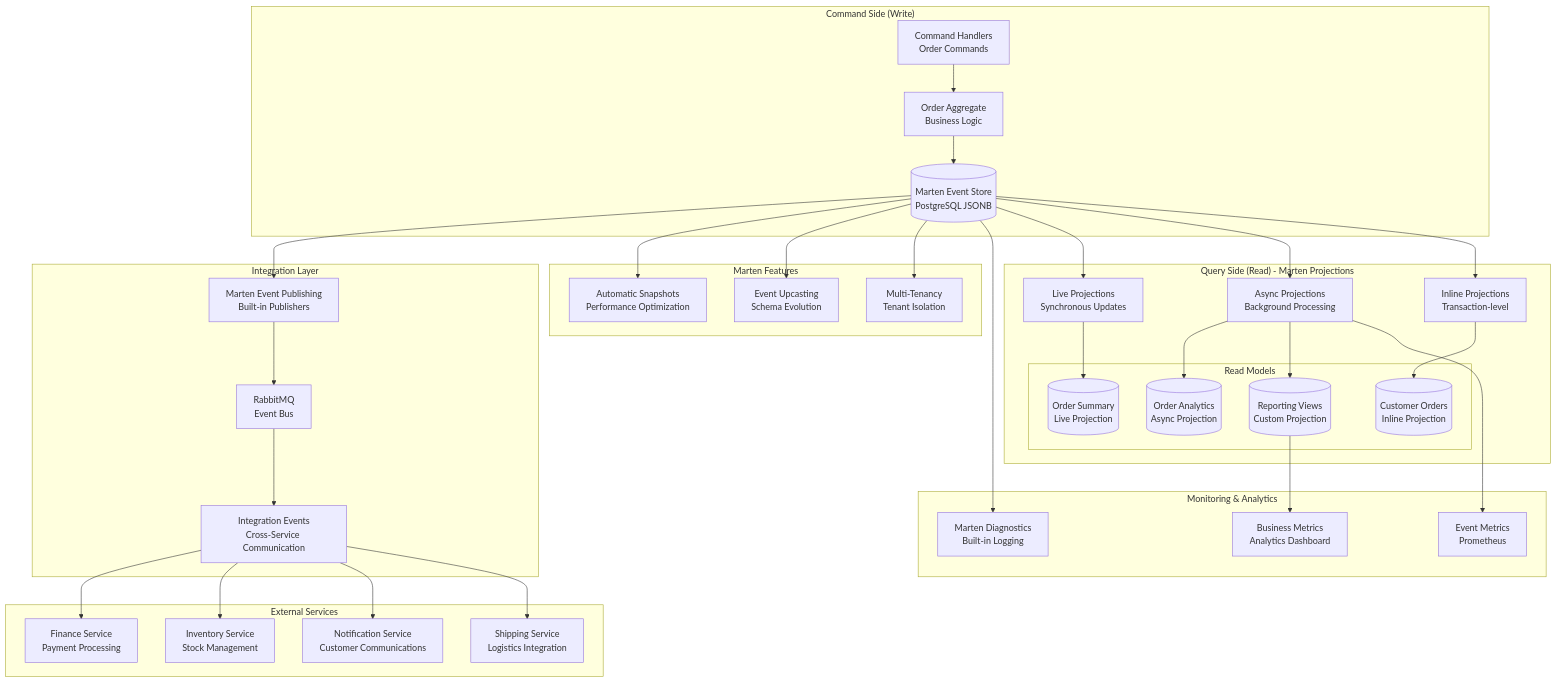
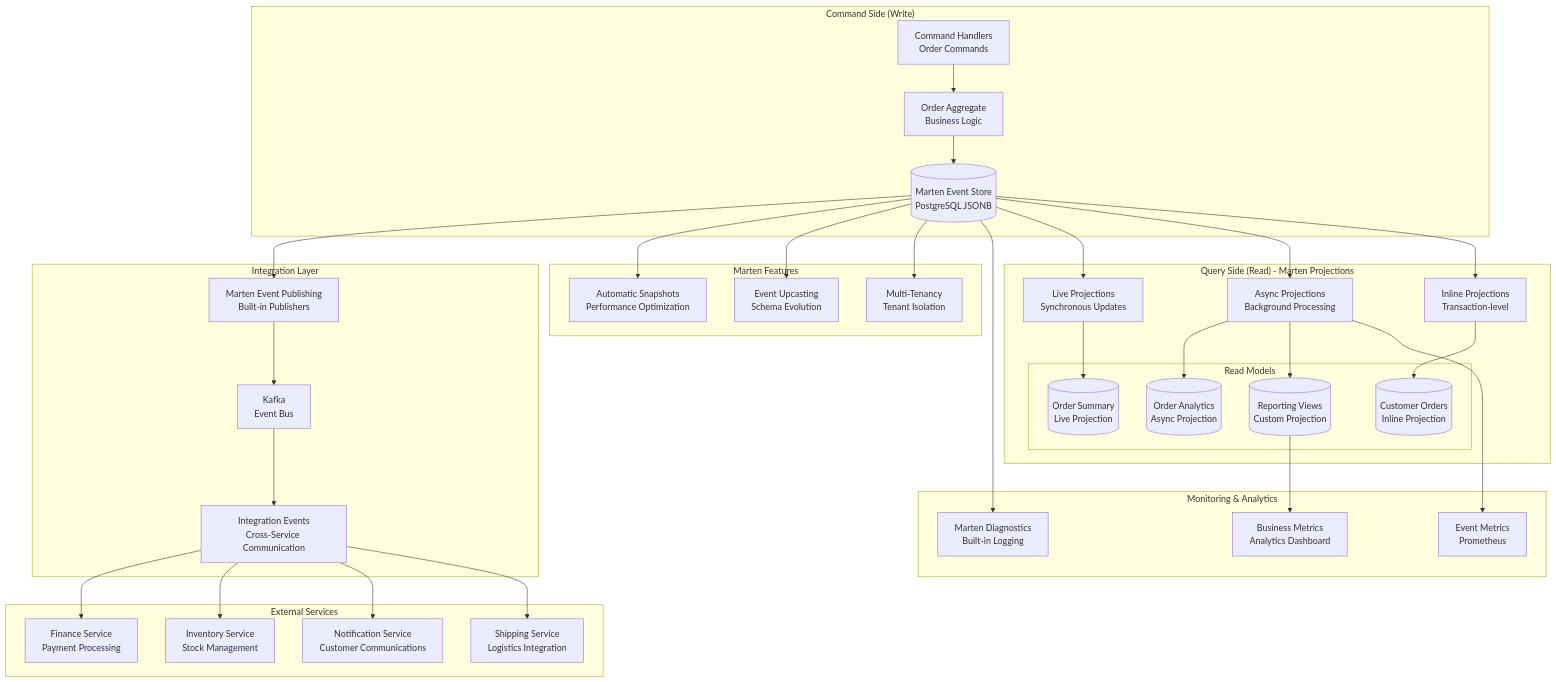
Before and after one commit to foxminchan/BookWorm: the diagram in docs/docusaurus/docs/09-architecture-decisions/adr-013-ordering-eventsoucring.mdx, drawn with Mermaid. The commit also changed other lines of this file and 65 other files, not shown here.

Commit message:
chore(docs): update architecture decision records (#1127)

````diff
--- a/docs/docusaurus/docs/09-architecture-decisions/adr-013-ordering-eventsoucring.mdx
+++ b/docs/docusaurus/docs/09-architecture-decisions/adr-013-ordering-eventsoucring.mdx
@@ -112,75 +112,75 @@
 ```mermaid
 graph TB
     subgraph "Command Side (Write)"
         CommandHandlers[Command Handlers<br/>Order Commands]
         AggregateRoot[Order Aggregate<br/>Business Logic]
         MartenStore[(Marten Event Store<br/>PostgreSQL JSONB)]
 
         CommandHandlers --> AggregateRoot
         AggregateRoot --> MartenStore
     end
 
     subgraph "Query Side (Read) - Marten Projections"
         LiveProjections[Live Projections<br/>Synchronous Updates]
         AsyncProjections[Async Projections<br/>Background Processing]
         InlineProjections[Inline Projections<br/>Transaction-level]
 
         subgraph "Read Models"
             OrderSummary[(Order Summary<br/>Live Projection)]
             OrderAnalytics[(Order Analytics<br/>Async Projection)]
             CustomerOrders[(Customer Orders<br/>Inline Projection)]
             ReportingViews[(Reporting Views<br/>Custom Projection)]
         end
 
         LiveProjections --> OrderSummary
         AsyncProjections --> OrderAnalytics
         InlineProjections --> CustomerOrders
         AsyncProjections --> ReportingViews
     end
 
     subgraph "Integration Layer"
         MartenEvents[Marten Event Publishing<br/>Built-in Publishers]
-        EventBus[RabbitMQ<br/>Event Bus]
+        EventBus[Kafka<br/>Event Bus]
         IntegrationEvents[Integration Events<br/>Cross-Service Communication]
 
         MartenStore --> MartenEvents
         MartenEvents --> EventBus
         EventBus --> IntegrationEvents
     end
 
     subgraph "External Services"
         FinanceService[Finance Service<br/>Payment Processing]
         InventoryService[Inventory Service<br/>Stock Management]
         NotificationService[Notification Service<br/>Customer Communications]
         ShippingService[Shipping Service<br/>Logistics Integration]
     end
 
     subgraph "Marten Features"
         Snapshots[Automatic Snapshots<br/>Performance Optimization]
         EventUpcasting[Event Upcasting<br/>Schema Evolution]
         MultiTenancy[Multi-Tenancy<br/>Tenant Isolation]
 
         MartenStore --> Snapshots
         MartenStore --> EventUpcasting
         MartenStore --> MultiTenancy
     end
 
     subgraph "Monitoring & Analytics"
         MartenDiagnostics[Marten Diagnostics<br/>Built-in Logging]
         EventMetrics[Event Metrics<br/>Prometheus]
         BusinessMetrics[Business Metrics<br/>Analytics Dashboard]
 
         MartenStore --> MartenDiagnostics
         AsyncProjections --> EventMetrics
         ReportingViews --> BusinessMetrics
     end
 
     MartenStore --> LiveProjections
     MartenStore --> AsyncProjections
     MartenStore --> InlineProjections
 
     IntegrationEvents --> FinanceService
     IntegrationEvents --> InventoryService
     IntegrationEvents --> NotificationService
     IntegrationEvents --> ShippingService
 ```
````
